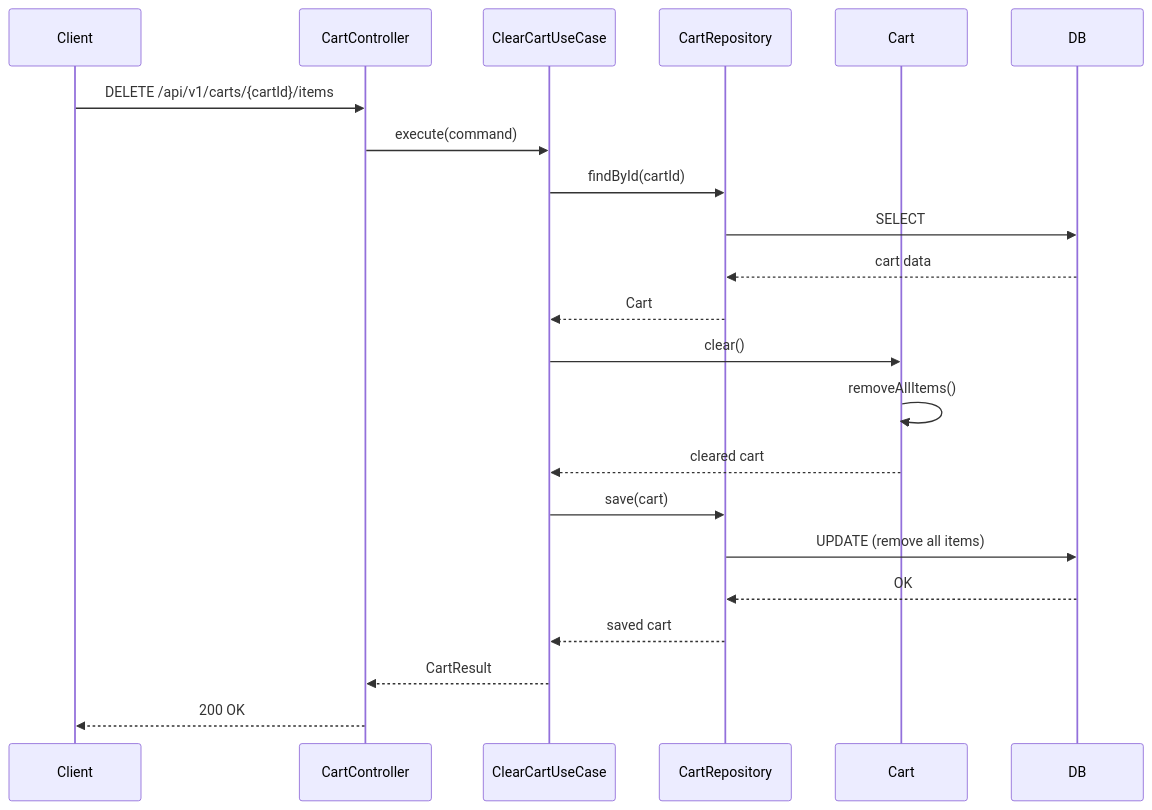
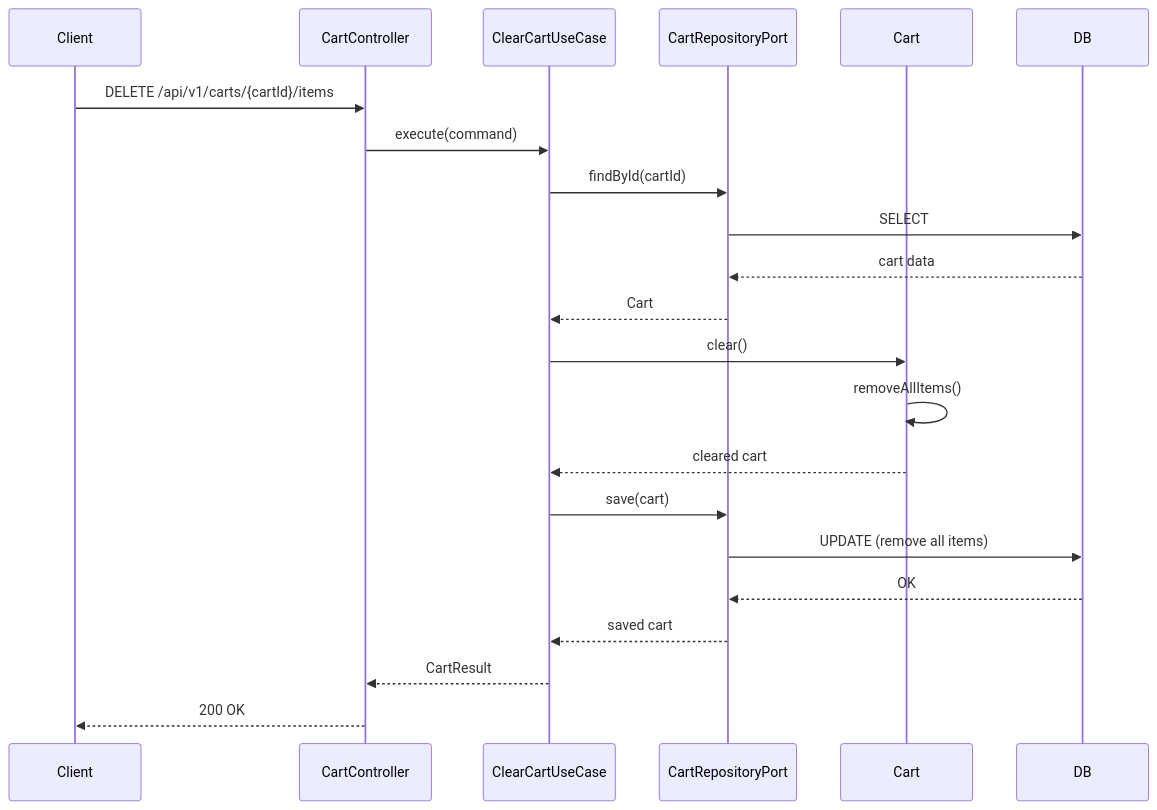
Before and after one commit to INNER-CIRCLE-ICD4/Project-3.-Commerce-2: the seventh of 7 diagrams in purchasing-service/hexagonal/docs/sequence-diagrams.md, drawn with Mermaid. The commit also changed other lines of this file, not shown here.

Commit message:
다이어그램에 반영

````diff
--- a/purchasing-service/hexagonal/docs/sequence-diagrams.md
+++ b/purchasing-service/hexagonal/docs/sequence-diagrams.md
@@ -254,32 +260,32 @@
 ```mermaid
 sequenceDiagram
     participant Client
     participant CartController
     participant ClearCartUseCase
-    participant CartRepository
+    participant CartRepositoryPort
     participant Cart
     participant DB
 
     Client->>CartController: DELETE /api/v1/carts/{cartId}/items
     CartController->>ClearCartUseCase: execute(command)
     
     %% 장바구니 조회
-    ClearCartUseCase->>CartRepository: findById(cartId)
-    CartRepository->>DB: SELECT
-    DB-->>CartRepository: cart data
-    CartRepository-->>ClearCartUseCase: Cart
+    ClearCartUseCase->>CartRepositoryPort: findById(cartId)
+    CartRepositoryPort->>DB: SELECT
+    DB-->>CartRepositoryPort: cart data
+    CartRepositoryPort-->>ClearCartUseCase: Cart
     
     %% 모든 아이템 제거
     ClearCartUseCase->>Cart: clear()
     Cart->>Cart: removeAllItems()
     Cart-->>ClearCartUseCase: cleared cart
     
     %% 저장
-    ClearCartUseCase->>CartRepository: save(cart)
-    CartRepository->>DB: UPDATE (remove all items)
-    DB-->>CartRepository: OK
-    CartRepository-->>ClearCartUseCase: saved cart
+    ClearCartUseCase->>CartRepositoryPort: save(cart)
+    CartRepositoryPort->>DB: UPDATE (remove all items)
+    DB-->>CartRepositoryPort: OK
+    CartRepositoryPort-->>ClearCartUseCase: saved cart
     
     ClearCartUseCase-->>CartController: CartResult
     CartController-->>Client: 200 OK
 ```
````
